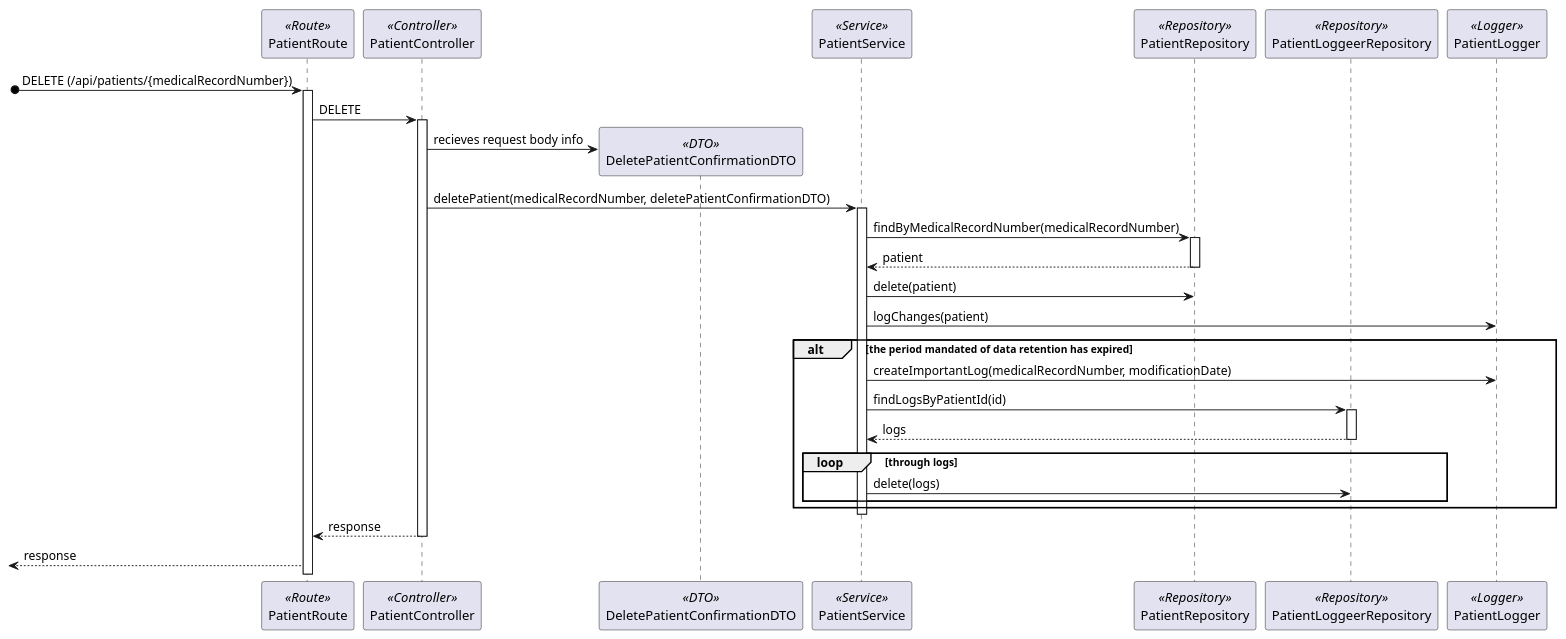
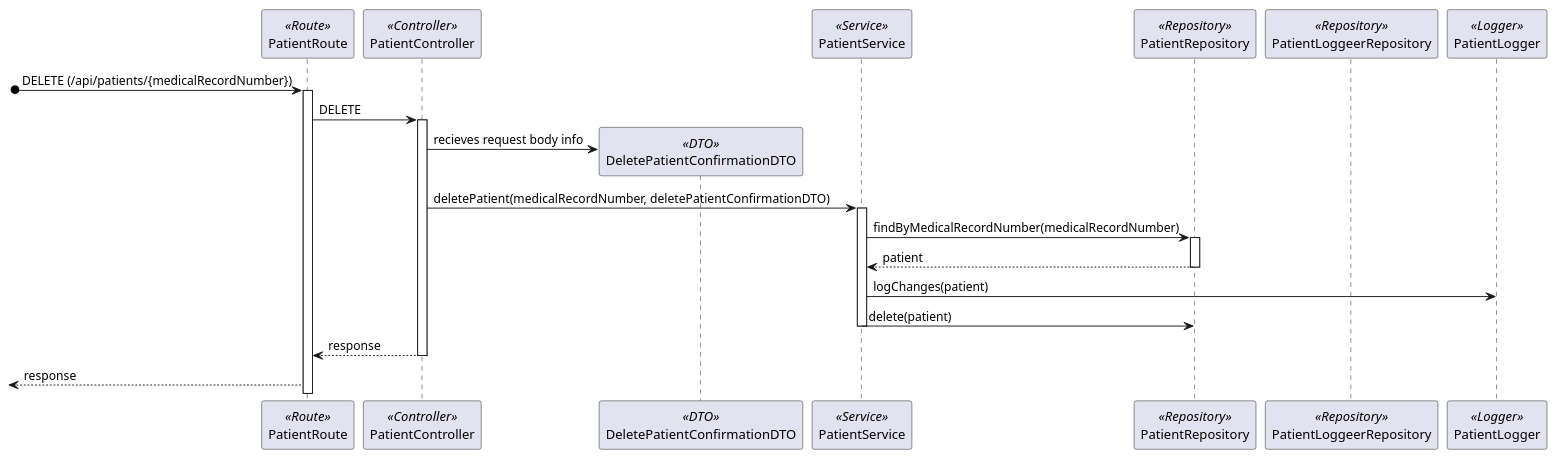
One commit to Rodrick0209/ISEP-SEM5PI-24-25 changed the diagram in docs/Sprint_1/US_5.1.10/L3/Process_View.puml. Above: the diagram before and after it, drawn with PlantUML. The commit also changed 1 other file, not shown here.

Commit message:
US 5.1.10 Design (redirectioned the Log Changes in Level 3 Process View) #11

```diff
--- a/docs/Sprint_1/US_5.1.10/L3/Process_View.puml
+++ b/docs/Sprint_1/US_5.1.10/L3/Process_View.puml
@@ -2,36 +2,27 @@
 @startuml Process_View
 participant PatientRoute as Route <<Route>>
 participant PatientController as Controller <<Controller>>
 participant DeletePatientConfirmationDTO as DTO <<DTO>>
 participant PatientService as Service <<Service>>
 participant PatientRepository as Repository <<Repository>>
 participant PatientLoggeerRepository as LoggerRepository <<Repository>>
 participant PatientLogger as Logger <<Logger>>
 [o-> Route: DELETE (/api/patients/{medicalRecordNumber})
 activate Route
 Route -> Controller : DELETE
 activate Controller
 Controller -> DTO** : recieves request body info
 Controller -> Service : deletePatient(medicalRecordNumber, deletePatientConfirmationDTO)
 activate Service
 Service -> Repository : findByMedicalRecordNumber(medicalRecordNumber)
 activate Repository
 return patient
+Service -> Logger : logChanges(patient)
 Service -> Repository : delete(patient)
-Service -> Logger : logChanges(patient)
-alt the period mandated of data retention has expired
-    Service -> Logger : createImportantLog(medicalRecordNumber, modificationDate)
-    Service -> LoggerRepository: findLogsByPatientId(id)
-    activate LoggerRepository
-    return logs
-    loop through logs
-        Service -> LoggerRepository: delete(logs)
-    end
-end
 deactivate Repository
 deactivate Service
 Controller --> Route : response
 deactivate Controller
 <-- Route : response
 
 @enduml
```
